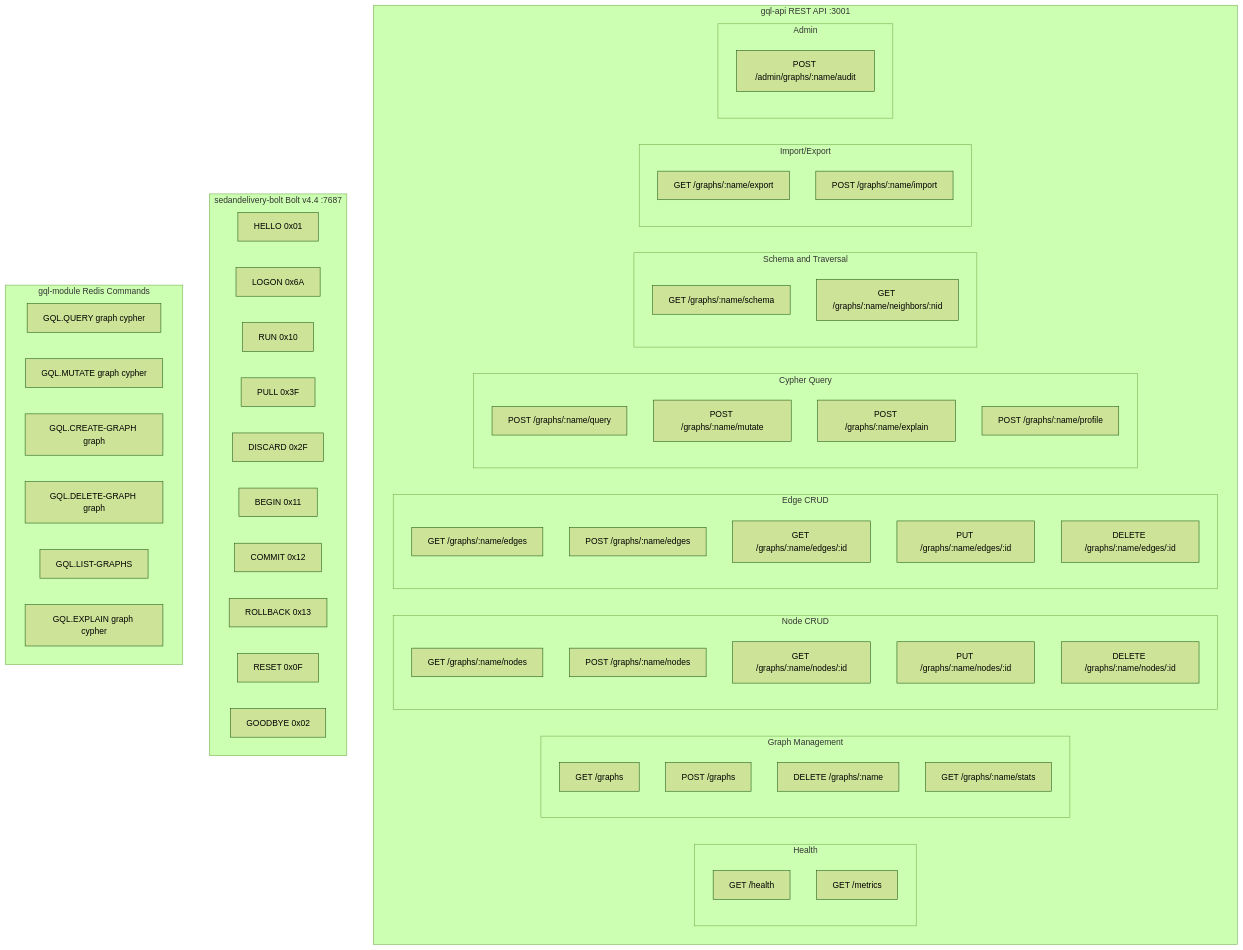
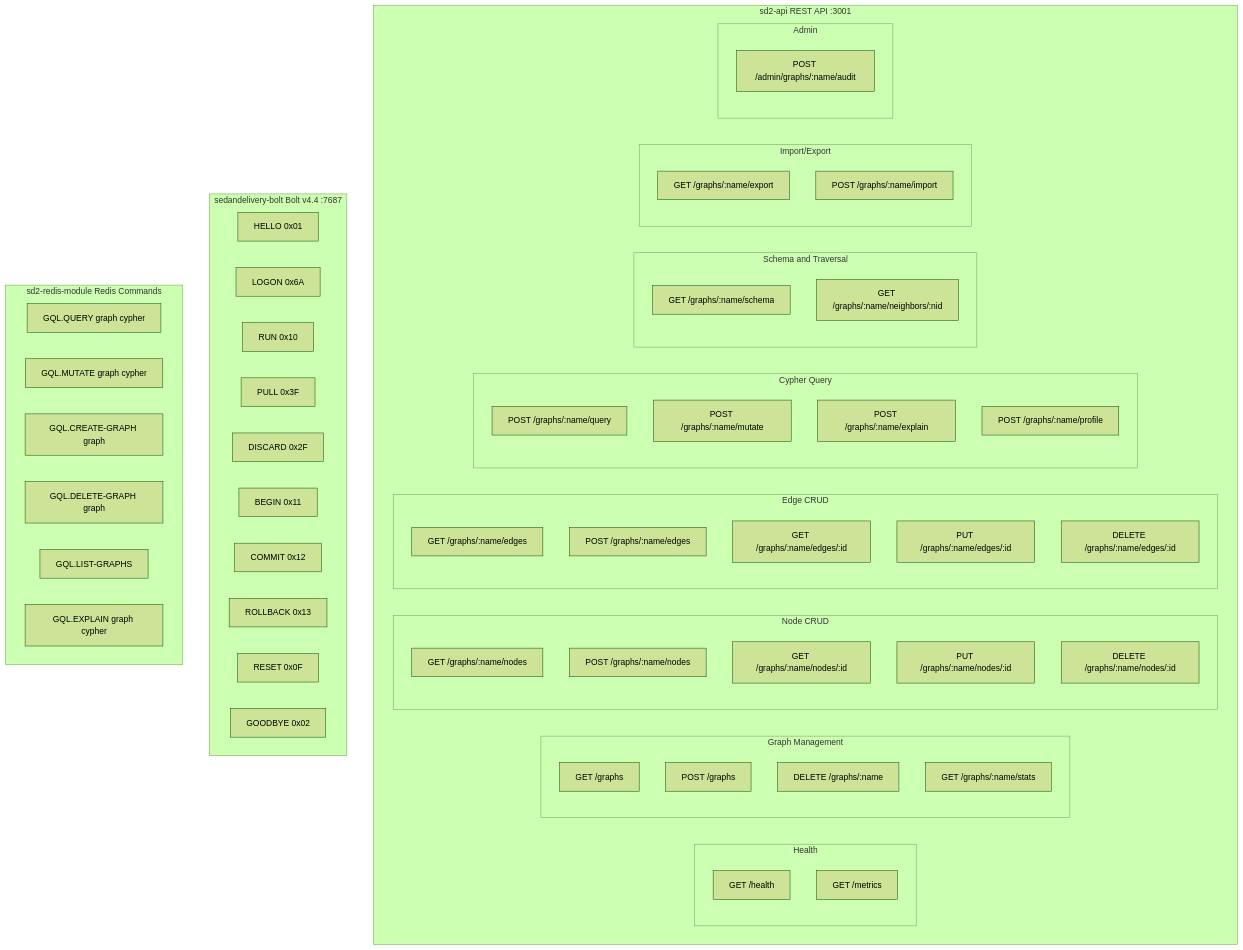
The diagram in docs/atlas/api-contracts/routing.mmd (rysweet/SedanDelivery), drawn with Mermaid (forest theme) before and after one commit. The commit also changed 191 other files, not shown here.

First line of the commit message:
refactor: rename gql-module, gql-redis-store, gql-api to sd2- prefix (#1097)

```diff
--- a/docs/atlas/api-contracts/routing.mmd
+++ b/docs/atlas/api-contracts/routing.mmd
@@ -1,73 +1,73 @@
 flowchart TD
-    subgraph rest_api["gql-api REST API :3001"]
+    subgraph rest_api["sd2-api REST API :3001"]
         subgraph health_routes["Health"]
             GET_health["GET /health"]
             GET_metrics["GET /metrics"]
         end
 
         subgraph graph_mgmt["Graph Management"]
             GET_graphs["GET /graphs"]
             POST_graphs["POST /graphs"]
             DEL_graph["DELETE /graphs/:name"]
             GET_stats["GET /graphs/:name/stats"]
         end
 
         subgraph node_ops["Node CRUD"]
             GET_nodes["GET /graphs/:name/nodes"]
             POST_node["POST /graphs/:name/nodes"]
             GET_node["GET /graphs/:name/nodes/:id"]
             PUT_node["PUT /graphs/:name/nodes/:id"]
             DEL_node["DELETE /graphs/:name/nodes/:id"]
         end
 
         subgraph edge_ops["Edge CRUD"]
             GET_edges["GET /graphs/:name/edges"]
             POST_edge["POST /graphs/:name/edges"]
             GET_edge["GET /graphs/:name/edges/:id"]
             PUT_edge["PUT /graphs/:name/edges/:id"]
             DEL_edge["DELETE /graphs/:name/edges/:id"]
         end
 
         subgraph cypher_ops["Cypher Query"]
             POST_query["POST /graphs/:name/query"]
             POST_mutate["POST /graphs/:name/mutate"]
             POST_explain["POST /graphs/:name/explain"]
             POST_profile["POST /graphs/:name/profile"]
         end
 
         subgraph schema_ops["Schema and Traversal"]
             GET_schema["GET /graphs/:name/schema"]
             GET_neighbors["GET /graphs/:name/neighbors/:nid"]
         end
 
         subgraph import_export["Import/Export"]
             GET_export["GET /graphs/:name/export"]
             POST_import["POST /graphs/:name/import"]
         end
 
         subgraph admin_ops["Admin"]
             POST_audit["POST /admin/graphs/:name/audit"]
         end
     end
 
     subgraph bolt_proto["sedandelivery-bolt Bolt v4.4 :7687"]
         HELLO["HELLO 0x01"]
         LOGON["LOGON 0x6A"]
         RUN["RUN 0x10"]
         PULL["PULL 0x3F"]
         DISCARD["DISCARD 0x2F"]
         BEGIN_TX["BEGIN 0x11"]
         COMMIT_TX["COMMIT 0x12"]
         ROLLBACK_TX["ROLLBACK 0x13"]
         RESET["RESET 0x0F"]
         GOODBYE["GOODBYE 0x02"]
     end
 
-    subgraph redis_cmds["gql-module Redis Commands"]
+    subgraph redis_cmds["sd2-redis-module Redis Commands"]
         GQL_QUERY["GQL.QUERY graph cypher"]
         GQL_MUTATE["GQL.MUTATE graph cypher"]
         GQL_CREATE["GQL.CREATE-GRAPH graph"]
         GQL_DELETE["GQL.DELETE-GRAPH graph"]
         GQL_LIST["GQL.LIST-GRAPHS"]
         GQL_EXPLAIN["GQL.EXPLAIN graph cypher"]
     end
```
